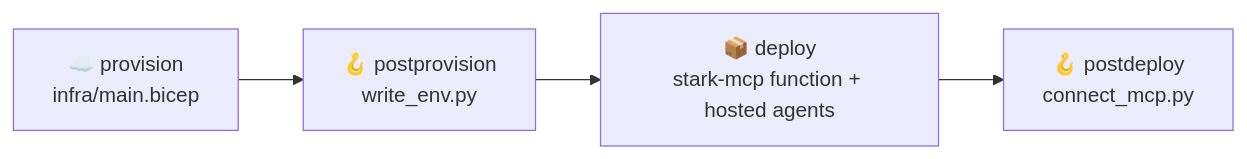
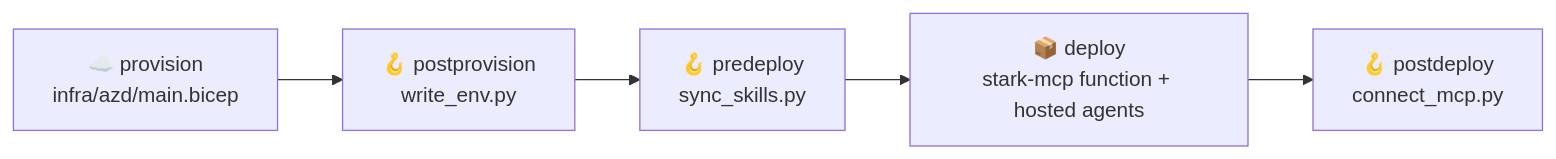
The second of 2 diagrams in docs/getting-started.md (nampacx/MS-Foundry-from-0-to-hero), drawn with Mermaid before and after one commit. The commit also changed other lines of this file and 23 other files, not shown here.

````diff
--- a/docs/getting-started.md
+++ b/docs/getting-started.md
@@ -71,6 +75,7 @@
 ```mermaid
 flowchart LR
-  P[☁️ provision<br/>infra/main.bicep] --> H[🪝 postprovision<br/>write_env.py]
-  H --> D[📦 deploy<br/>stark-mcp function + hosted agents]
+  P[☁️ provision<br/>infra/azd/main.bicep] --> H[🪝 postprovision<br/>write_env.py]
+  H --> S[🪝 predeploy<br/>sync_skills.py]
+  S --> D[📦 deploy<br/>stark-mcp function + hosted agents]
   D --> H2[🪝 postdeploy<br/>connect_mcp.py]
 ```
````
